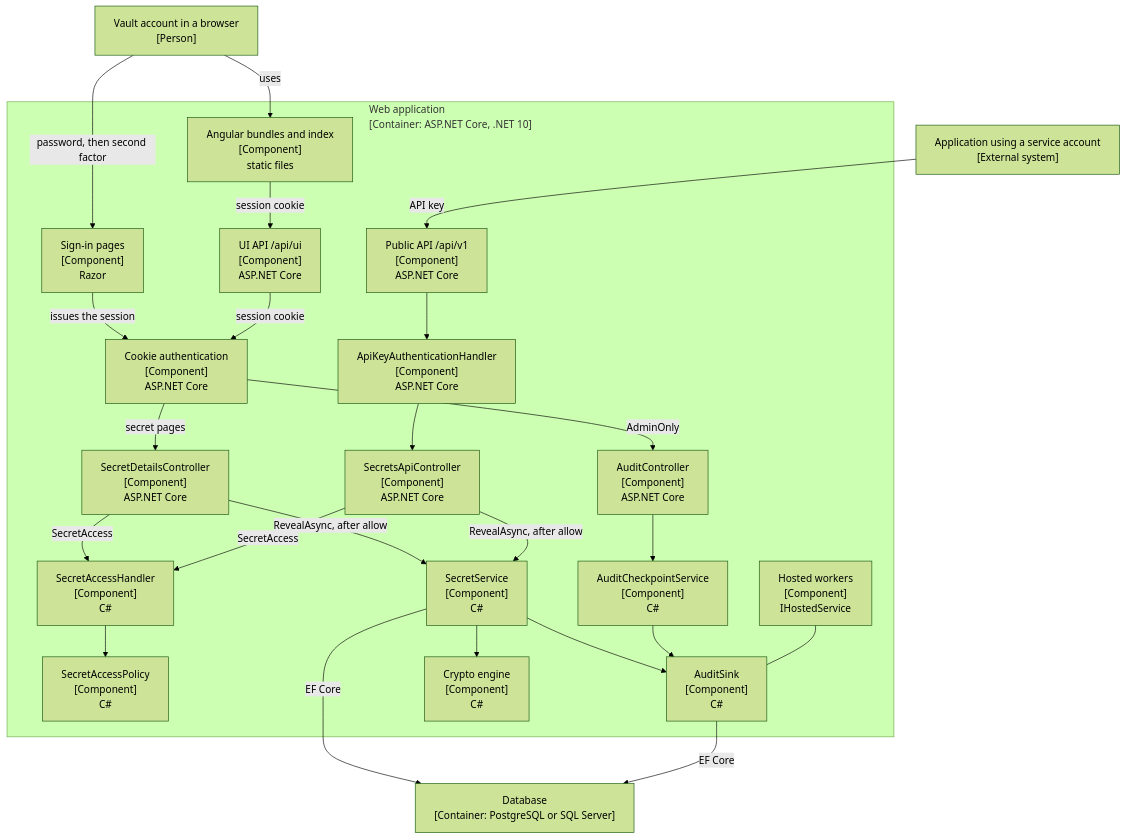
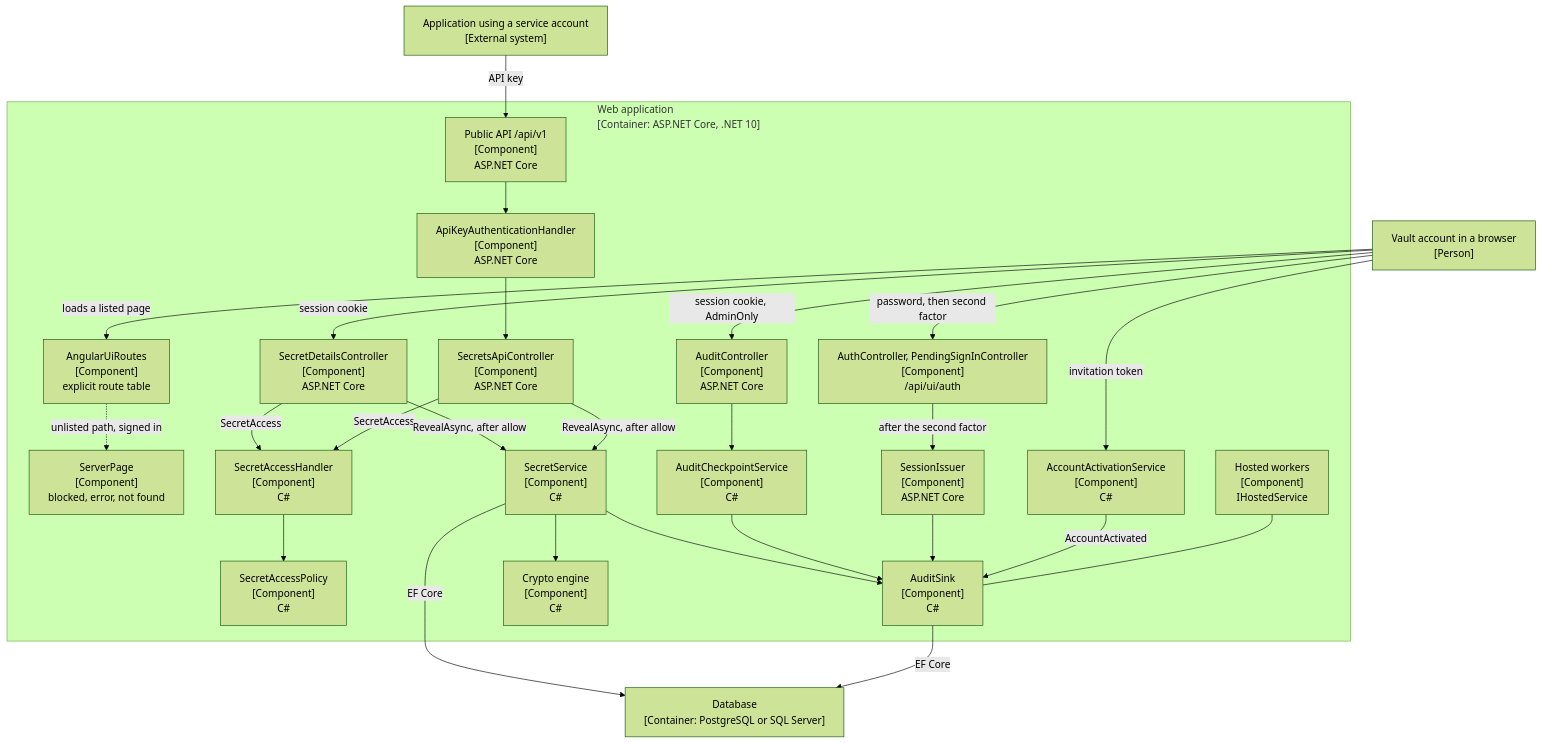
Before and after one commit to sabysabashvily/EclipsVault: the third of 5 diagrams in docs/presentation/defence-draft/diagrams.md, drawn with Mermaid (forest theme). The commit also changed other lines of this file and 17 other files, not shown here.

````diff
--- a/docs/presentation/defence-draft/diagrams.md
+++ b/docs/presentation/defence-draft/diagrams.md
@@ -126,49 +136,52 @@
 ```mermaid
 %%{init: {"flowchart": {"wrappingWidth": 560}} }%%
 flowchart TB
   person["Vault account in a browser<br/>[Person]"]
   app["Application using a service account<br/>[External system]"]
   db["Database<br/>[Container: PostgreSQL or SQL Server]"]
 
   subgraph web ["Web application<br/>[Container: ASP.NET Core, .NET 10]"]
-    static["Angular bundles and index<br/>[Component]<br/>static files"]
-    legacy["Sign-in pages<br/>[Component]<br/>Razor"]
-    uiapi["UI API /api/ui<br/>[Component]<br/>ASP.NET Core"]
+    routes["AngularUiRoutes<br/>[Component]<br/>explicit route table"]
+    serverpage["ServerPage<br/>[Component]<br/>blocked, error, not found"]
+    signin["AuthController, PendingSignInController<br/>[Component]<br/>/api/ui/auth"]
+    issuer["SessionIssuer<br/>[Component]<br/>ASP.NET Core"]
+    activation["AccountActivationService<br/>[Component]<br/>C#"]
     publicapi["Public API /api/v1<br/>[Component]<br/>ASP.NET Core"]
-    cookies["Cookie authentication<br/>[Component]<br/>ASP.NET Core"]
     apikey["ApiKeyAuthenticationHandler<br/>[Component]<br/>ASP.NET Core"]
     details["SecretDetailsController<br/>[Component]<br/>ASP.NET Core"]
     secretsApi["SecretsApiController<br/>[Component]<br/>ASP.NET Core"]
     auditpage["AuditController<br/>[Component]<br/>ASP.NET Core"]
     handler["SecretAccessHandler<br/>[Component]<br/>C#"]
     policy["SecretAccessPolicy<br/>[Component]<br/>C#"]
     secretSvc["SecretService<br/>[Component]<br/>C#"]
     checkpoints["AuditCheckpointService<br/>[Component]<br/>C#"]
     sink["AuditSink<br/>[Component]<br/>C#"]
     engine["Crypto engine<br/>[Component]<br/>C#"]
     workers["Hosted workers<br/>[Component]<br/>IHostedService"]
   end
 
-  person -->|uses| static
-  person -->|password, then second factor| legacy
-  static -->|session cookie| uiapi
-  legacy -->|issues the session| cookies
-  uiapi -->|session cookie| cookies
+  person -->|loads a listed page| routes
+  routes -.->|unlisted path, signed in| serverpage
+  person -->|password, then second factor| signin
+  person -->|invitation token| activation
+  signin -->|after the second factor| issuer
+  person -->|session cookie| details
+  person -->|session cookie, AdminOnly| auditpage
   app -->|API key| publicapi
-  cookies -->|secret pages| details
-  cookies -->|AdminOnly| auditpage
   publicapi --> apikey
   apikey --> secretsApi
   details -->|SecretAccess| handler
   secretsApi -->|SecretAccess| handler
   handler --> policy
   details -->|RevealAsync, after allow| secretSvc
   secretsApi -->|RevealAsync, after allow| secretSvc
   secretSvc --> sink
   secretSvc --> engine
   auditpage --> checkpoints
   checkpoints --> sink
+  issuer --> sink
+  activation -->|AccountActivated| sink
   workers --- sink
   secretSvc -->|EF Core| db
   sink -->|EF Core| db
 ```
````
